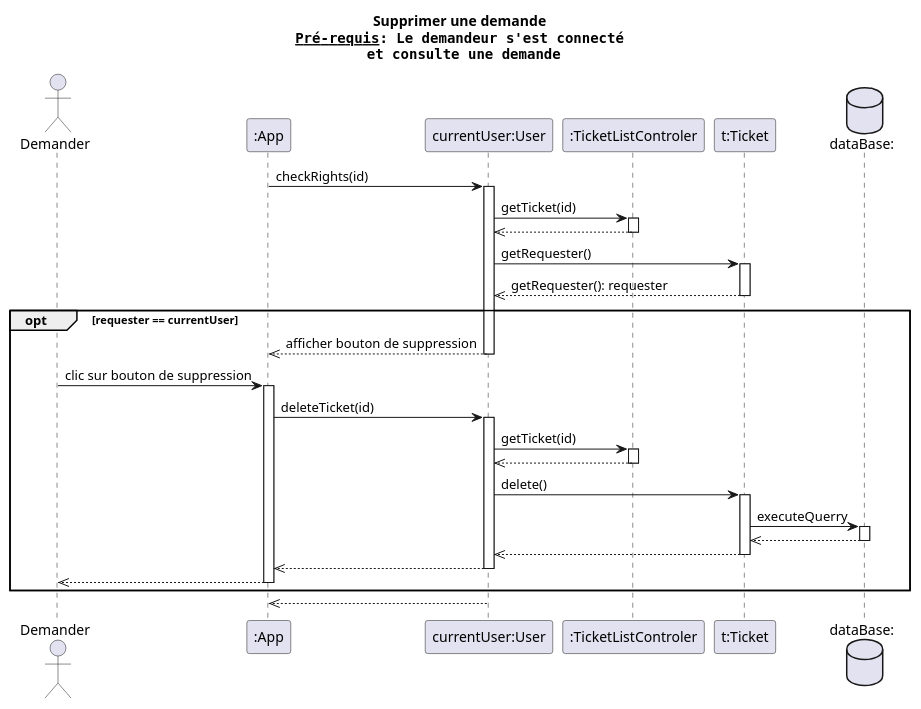
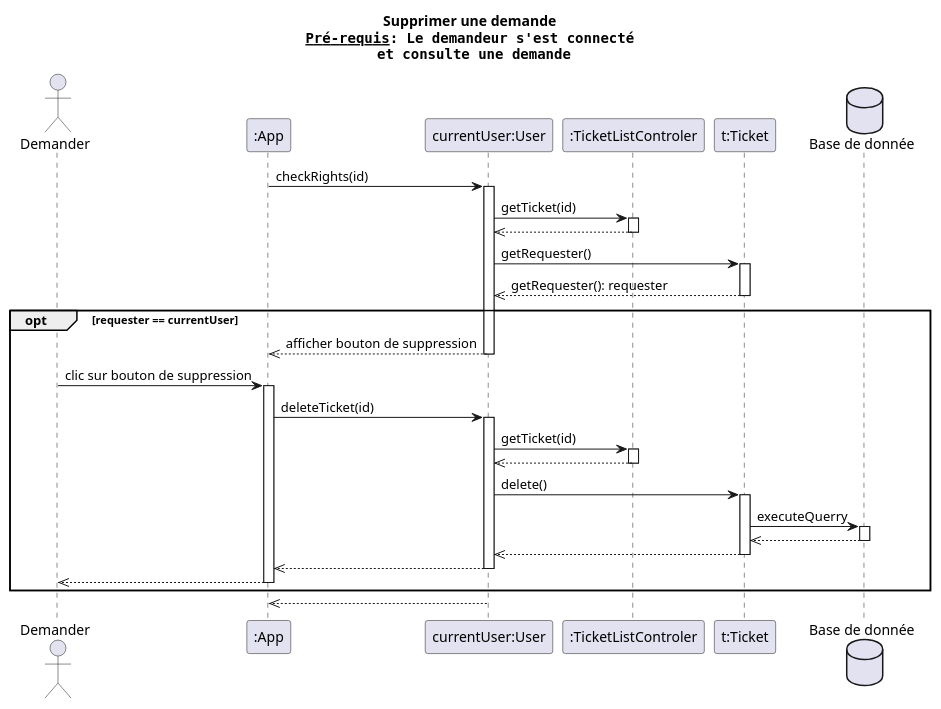
One commit to dorianleveque/CoHub changed the diagram in docs/UML/diagrammes séquence/supprimer demande.puml. Above: the diagram before and after it, drawn with PlantUML. The commit also changed 8 other files, not shown here.

```diff
--- a/docs/UML/diagrammes séquence/supprimer demande.puml
+++ b/docs/UML/diagrammes séquence/supprimer demande.puml
@@ -1,52 +1,52 @@
-@startuml editer un ticket
+@startuml supprimer un ticket
 title Supprimer une demande\n""__Pré-requis__: Le demandeur s'est connecté""\n"" et consulte une demande""
 actor client as "Demander" order 1
 participant app as ":App"   order 2
 participant user as "currentUser:User" order 3
 participant tlc as ":TicketListControler" order 4
 participant ticket as "t:Ticket" order 5
-database bdd as "dataBase:" order 6
+database bdd as "Base de donnée" order 6
 
 app -> user: checkRights(id)
 activate user
 user -> tlc: getTicket(id)
 activate tlc
 user <<-- tlc
 deactivate tlc
 
 user -> ticket: getRequester()
 activate ticket
 user <<-- ticket : getRequester(): requester
 deactivate ticket
 
 opt requester == currentUser
     app <<-- user: afficher bouton de suppression
     deactivate user
 
     client -> app: clic sur bouton de suppression
     activate app
     app -> user: deleteTicket(id)
     activate user
     user -> tlc: getTicket(id)
     activate tlc
     user <<-- tlc
     deactivate tlc
 
     user -> ticket: delete()
     activate ticket
     ticket -> bdd: executeQuerry
     activate bdd
     ticket <<-- bdd
     deactivate bdd
     user <<-- ticket
     deactivate ticket
 
     app <<-- user
     deactivate user
 
     client <<-- app
     deactivate app
 end
 app <<-- user
 deactivate user
 @enduml
```
